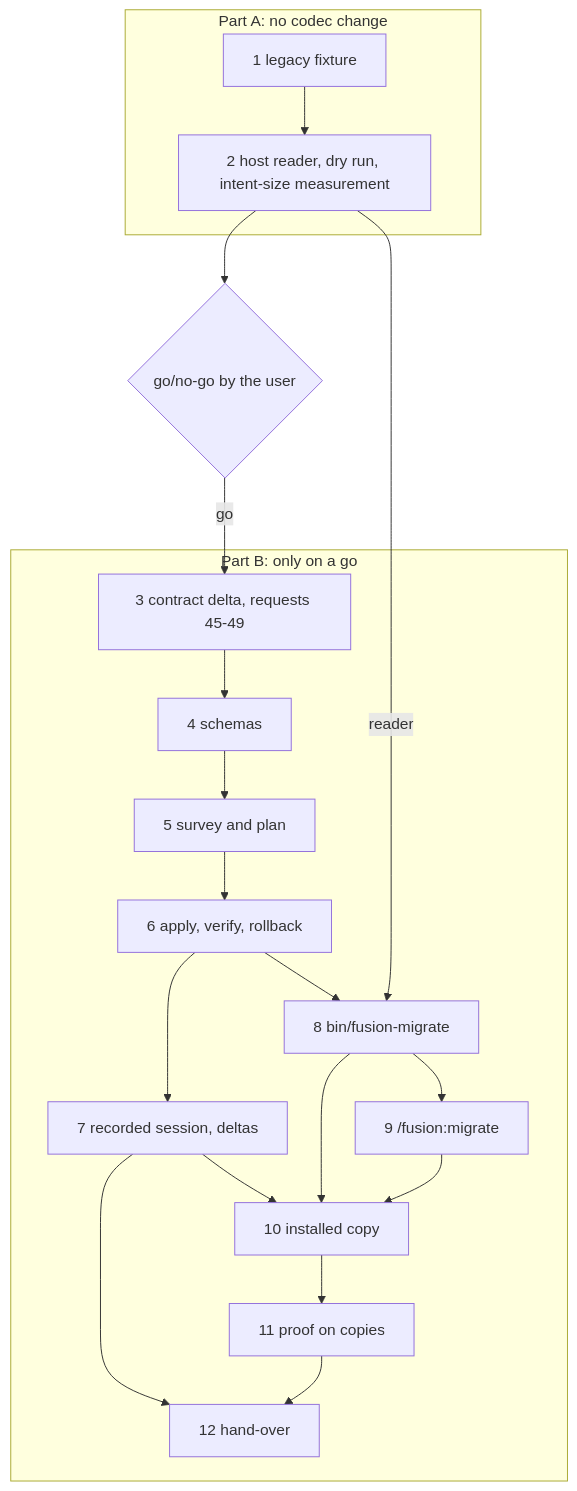
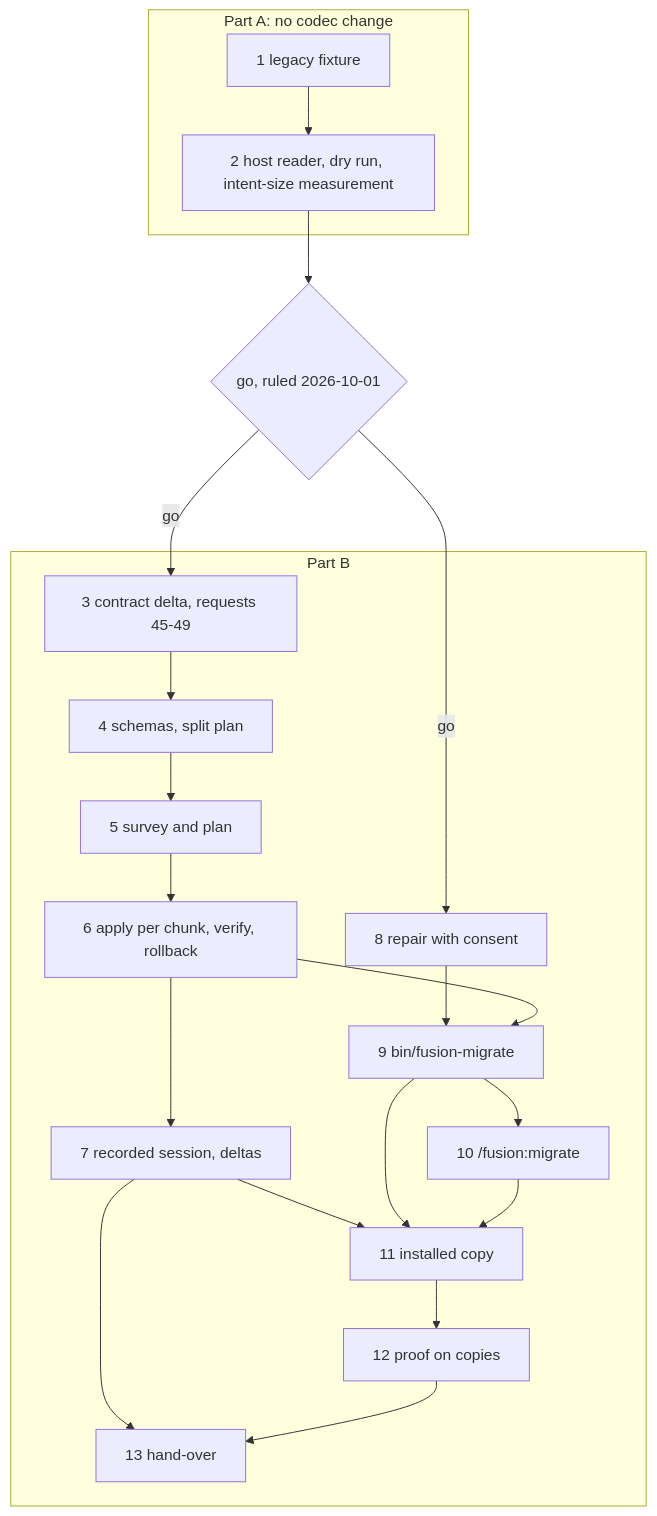
The second of 2 diagrams in fusion-workbench/work-packages/260928-1338-json-control-data-and-markdown-artefacts/plans/261001-1804_p_plan-fj04-the-migration-of-a-legacy-workbench-proven-on-copies.md (tenzoki/fusion), drawn with Mermaid before and after one commit. The commit also changed other lines of this file and 1 other file, not shown here.

First line of the commit message:
docs(workbench): FJ04 part B after the go: chunked intents, a split frozen plan and a consented repair step

````diff
--- a/fusion-workbench/work-packages/260928-1338-json-control-data-and-markdown-artefacts/plans/261001-1804_p_plan-fj04-the-migration-of-a-legacy-workbench-proven-on-copies.md
+++ b/fusion-workbench/work-packages/260928-1338-json-control-data-and-markdown-artefacts/plans/261001-1804_p_plan-fj04-the-migration-of-a-legacy-workbench-proven-on-copies.md
@@ -282,23 +298,24 @@
 ```mermaid
 flowchart TD
   subgraph A["Part A: no codec change"]
     S1[1 legacy fixture] --> S2[2 host reader, dry run, intent-size measurement]
   end
-  S2 --> GO{go/no-go by the user}
-  subgraph B["Part B: only on a go"]
-    S3[3 contract delta, requests 45-49] --> S4[4 schemas]
+  S2 --> GO{go, ruled 2026-10-01}
+  subgraph B["Part B"]
+    S3[3 contract delta, requests 45-49] --> S4[4 schemas, split plan]
     S4 --> S5[5 survey and plan]
-    S5 --> S6[6 apply, verify, rollback]
+    S5 --> S6[6 apply per chunk, verify, rollback]
     S6 --> S7[7 recorded session, deltas]
-    S6 --> S8[8 bin/fusion-migrate]
-    S8 --> S9[9 /fusion:migrate]
-    S7 --> S10[10 installed copy]
-    S8 --> S10
-    S9 --> S10
-    S10 --> S11[11 proof on copies]
-    S7 --> S12[12 hand-over]
-    S11 --> S12
+    S8[8 repair with consent] --> S9[9 bin/fusion-migrate]
+    S6 --> S9
+    S9 --> S10[10 /fusion:migrate]
+    S7 --> S11[11 installed copy]
+    S9 --> S11
+    S10 --> S11
+    S11 --> S12[12 proof on copies]
+    S7 --> S13[13 hand-over]
+    S12 --> S13
   end
   GO -->|go| S3
-  S2 -->|reader| S8
+  GO -->|go| S8
 ```
````
